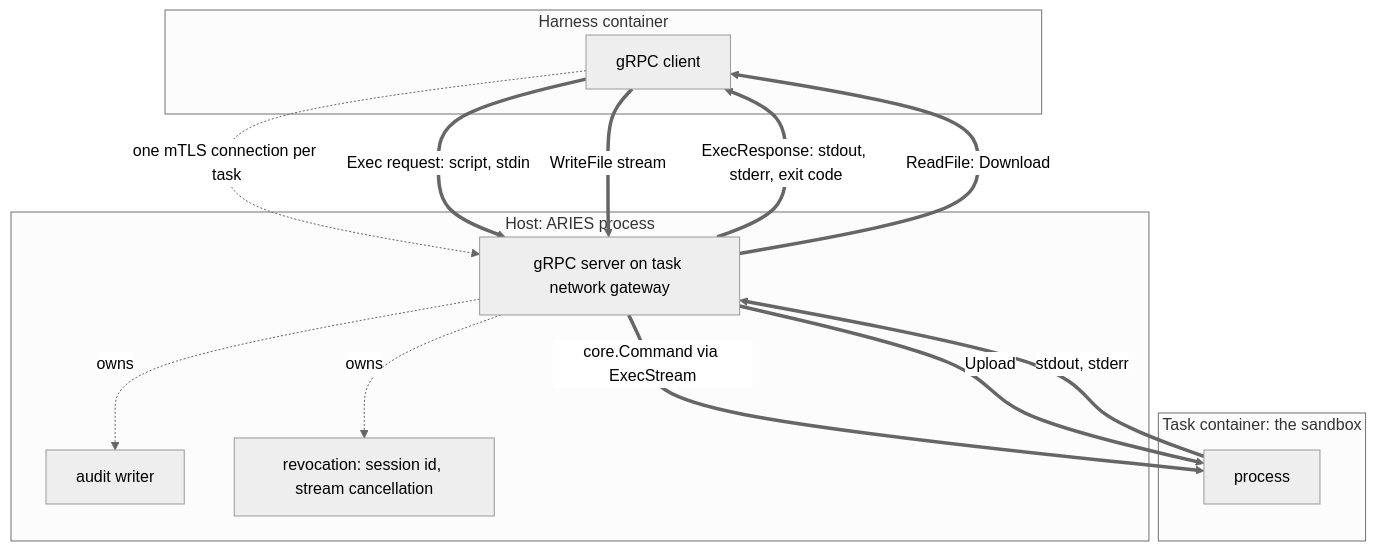
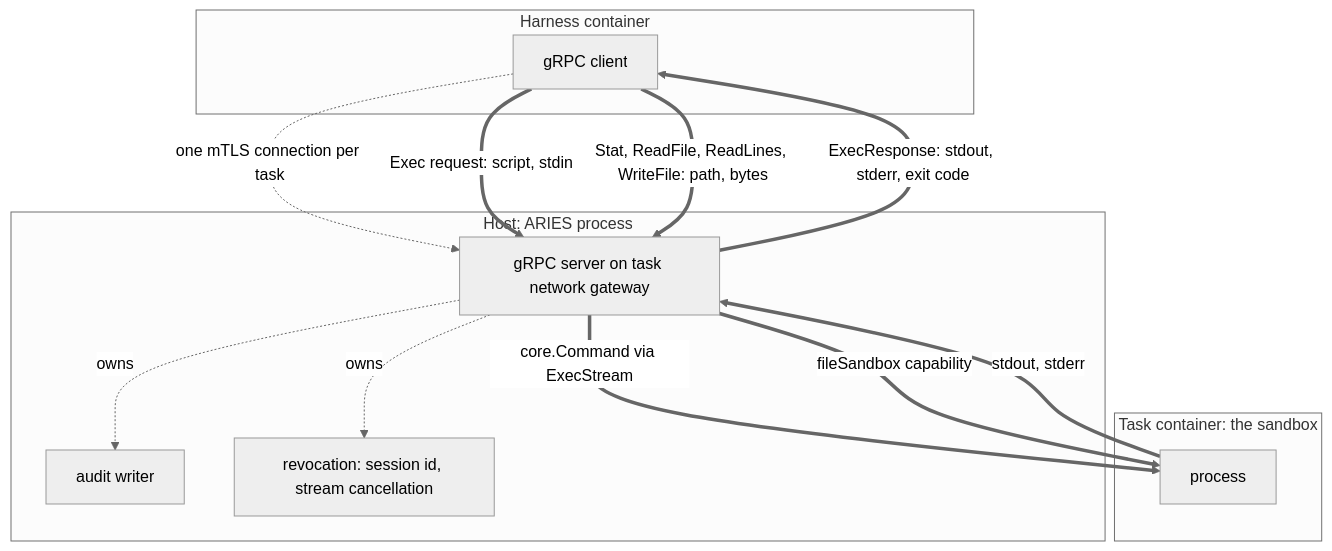
Before and after one commit to hyscale-lab/ARIES: the diagram in docs/design/grpc-bridge.md, drawn with Mermaid (neutral theme). The commit also changed other lines of this file and 4 other files, not shown here.

````diff
--- a/docs/design/grpc-bridge.md
+++ b/docs/design/grpc-bridge.md
@@ -19,28 +21,27 @@
 ```mermaid
 flowchart TB
     subgraph H["Harness container"]
         C["gRPC client"]
     end
 
     subgraph P["Host: ARIES process"]
         G["gRPC server on task network gateway"]
         A["audit writer"]
         R["revocation: session id, stream cancellation"]
     end
 
     subgraph S["Task container: the sandbox"]
         T["process"]
     end
 
     C -. one mTLS connection per task .-> G
     G -. owns .-> A
     G -. owns .-> R
 
     C ==>|Exec request: script, stdin| G
     G ==>|core.Command via ExecStream| T
     T ==>|stdout, stderr| G
     G ==>|ExecResponse: stdout, stderr, exit code| C
-    C ==>|WriteFile stream| G
-    G ==>|Upload| T
-    G ==>|ReadFile: Download| C
+    C ==>|Stat, ReadFile, ReadLines, WriteFile: path, bytes| G
+    G ==>|fileSandbox capability| T
 ```
````
